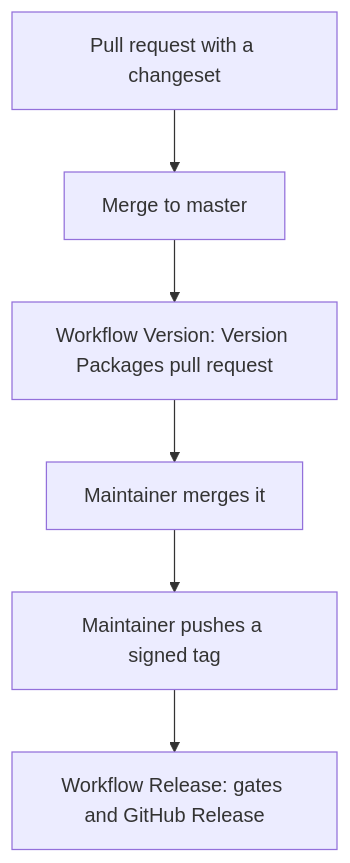
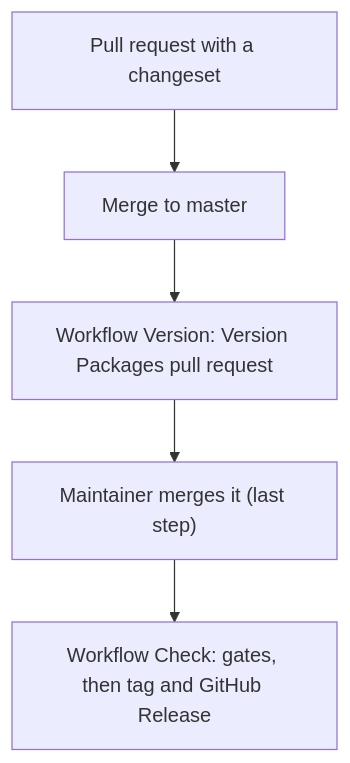
Before and after one commit to semspec/semspec: the diagram in docs/guide/releasing.md, drawn with Mermaid. The commit also changed other lines of this file and 20 other files, not shown here.

Commit message:
Release when the version pull request merges, build the site in the deploy, pass Dependabot pull requests without a changeset, and need Node 22.23.4

````diff
--- a/docs/guide/releasing.md
+++ b/docs/guide/releasing.md
@@ -12,8 +12,7 @@
 ```mermaid
 flowchart TD
   A["Pull request with a changeset"] --> B["Merge to master"]
   B --> C["Workflow Version: Version Packages pull request"]
-  C --> D["Maintainer merges it"]
-  D --> E["Maintainer pushes a signed tag"]
-  E --> F["Workflow Release: gates and GitHub Release"]
+  C --> D["Maintainer merges it (last step)"]
+  D --> E["Workflow Check: gates, then tag and GitHub Release"]
 ```
````
